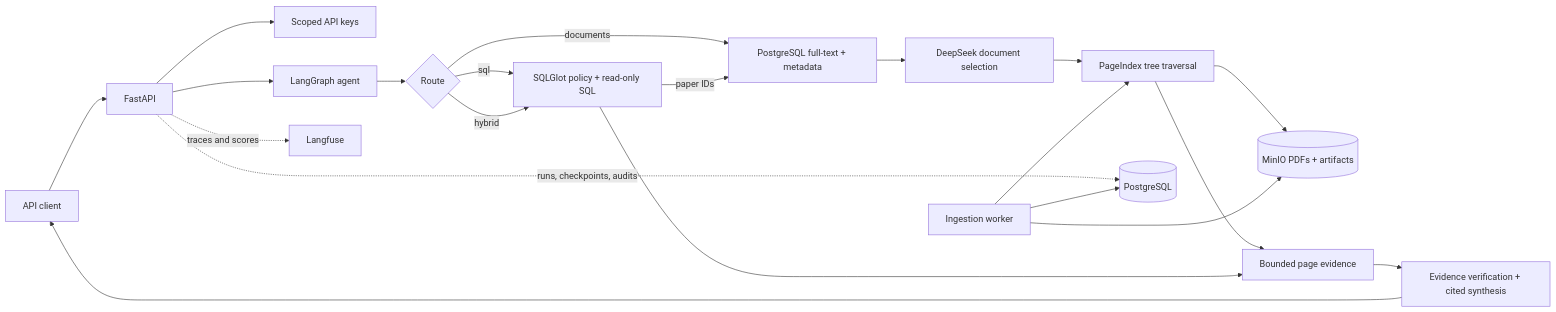
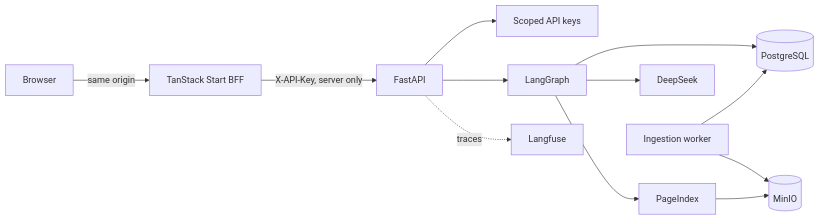
The diagram in README.md (ProofOfTechOrg/vectorless-rag), drawn with Mermaid before and after one commit. The commit also changed other lines of this file and 131 other files, not shown here.

````diff
--- a/README.md
+++ b/README.md
@@ -40,26 +45,14 @@
 ```mermaid
 flowchart LR
-    Client[API client] --> API[FastAPI]
-    API --> Auth[Scoped API keys]
-    API --> Graph[LangGraph agent]
-
-    Graph --> Route{Route}
-    Route -->|documents| Catalog[PostgreSQL full-text + metadata]
-    Route -->|sql| Guard[SQLGlot policy + read-only SQL]
-    Route -->|hybrid| Guard
-    Guard -->|paper IDs| Catalog
-
-    Catalog --> Rerank[DeepSeek document selection]
-    Rerank --> Trees[PageIndex tree traversal]
-    Trees --> Objects[(MinIO PDFs + artifacts)]
-    Trees --> Evidence[Bounded page evidence]
-    Guard --> Evidence
-    Evidence --> Verify[Evidence verification + cited synthesis]
-    Verify --> Client
-
-    API -. traces and scores .-> Langfuse[Langfuse]
-    API -. runs, checkpoints, audits .-> Postgres[(PostgreSQL)]
-    Worker[Ingestion worker] --> Postgres
-    Worker --> Objects
-    Worker --> Trees
+  Browser -->|same origin| BFF[TanStack Start BFF]
+  BFF -->|X-API-Key, server only| API[FastAPI]
+  API --> Auth[Scoped API keys]
+  API --> Graph[LangGraph]
+  Graph --> Catalog[(PostgreSQL)]
+  Graph --> Model[DeepSeek]
+  Graph --> Trees[PageIndex]
+  Trees --> Objects[(MinIO)]
+  API -. traces .-> Langfuse
+  Worker[Ingestion worker] --> Catalog
+  Worker --> Objects
 ```
````
